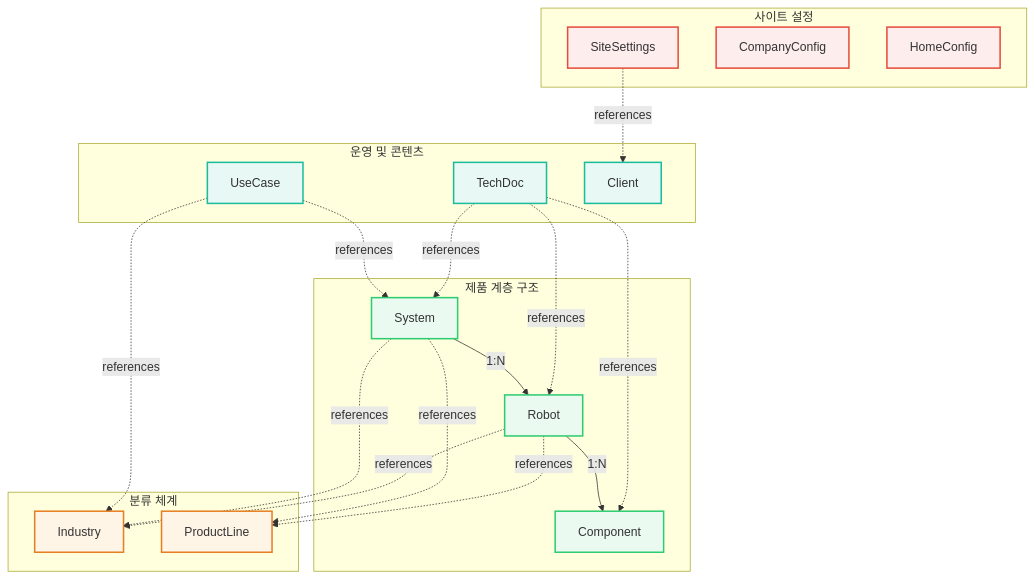
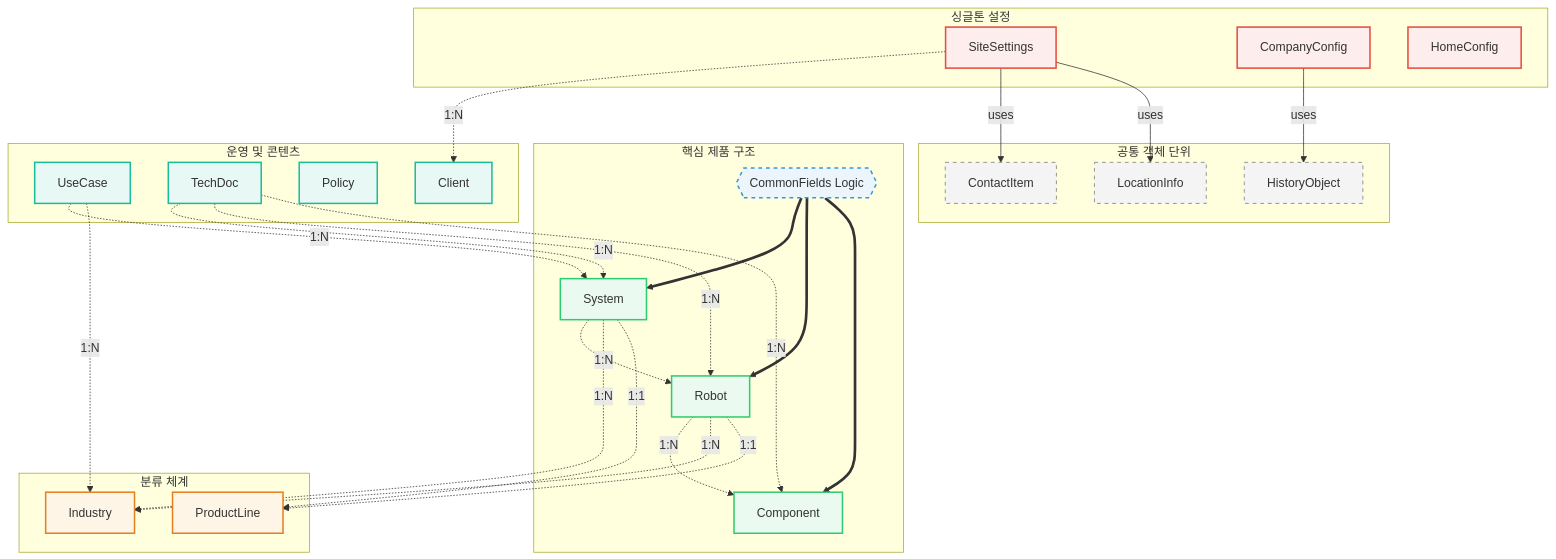
Before and after one commit to g1robot00/g1srobot-robotics-website: the second of 2 diagrams in README.md, drawn with Mermaid. The commit also changed other lines of this file, not shown here.

````diff
--- a/README.md
+++ b/README.md
@@ -140,17 +156,20 @@
     %% [스타일 정의]
     classDef product stroke:#2ecc71,stroke-width:2px,fill:#eafaf1
     classDef taxonomy stroke:#e67e22,stroke-width:2px,fill:#fef5e7
-    classDef operation stroke:#1abc9c,stroke-width:2px,fill:#e8f8f5
-    classDef settings stroke:#e74c3c,stroke-width:2px,fill:#fdedec
+    classDef document stroke:#1abc9c,stroke-width:2px,fill:#e8f8f5
+    classDef singleton stroke:#e74c3c,stroke-width:2px,fill:#fdedec
     classDef object stroke:#777,stroke-width:1px,fill:#f4f4f4,stroke-dasharray: 5 5
+    classDef mixin stroke:#3498db,stroke-width:2px,fill:#ebf5fb,stroke-dasharray: 5 5
 
-    %% [그룹 1: 제품 계층 구조]
-    subgraph Product_Structure [제품 계층 구조]
+    %% [그룹 1: Core 제품 계층]
+    subgraph Core_Product [핵심 제품 구조]
+        CommonFields{{CommonFields Logic}}
         System[System]
         Robot[Robot]
         Component[Component]
     end
     class System,Robot,Component product
+    class CommonFields mixin
 
     %% [그룹 2: 분류 체계]
     subgraph Taxonomy [분류 체계]
@@ -159,42 +178,60 @@
     end
     class Industry,ProductLine taxonomy
 
-    %% [그룹 3: 운영 및 콘텐츠]
-    subgraph Content_Operation [운영 및 콘텐츠]
+    %% [그룹 3: 운영 문서]
+    subgraph Documents [운영 및 콘텐츠]
         UseCase[UseCase]
         TechDoc[TechDoc]
+        Policy[Policy]
         Client[Client]
     end
-    class UseCase,TechDoc,Client operation
+    class UseCase,TechDoc,Policy,Client document
 
-    %% [그룹 4: 사이트 설정]
-    subgraph Global_Settings [사이트 설정]
+    %% [그룹 4: 싱글톤 설정]
+    subgraph Singletons [싱글톤 설정]
         SiteSettings[SiteSettings]
         CompanyConfig[CompanyConfig]
         HomeConfig[HomeConfig]
     end
-    class SiteSettings,CompanyConfig,HomeConfig settings
+    class SiteSettings,CompanyConfig,HomeConfig singleton
 
+    %% [그룹 5: 재사용 객체]
+    subgraph Shared_Objects [공통 객체 단위]
+        Location[LocationInfo]
+        Contact[ContactItem]
+        History[HistoryObject]
+    end
+    class Location,Contact,History object
 
-%% 1. 제품 직계 계층
-    System -- "1:N" --> Robot
-    Robot -- "1:N" --> Component
+    %% --- [물리적 관계 설정: 화살표 끝이 참조/사용 대상임] ---
 
-    %% 2. 제품군/산업군 참조
-    System -. "references" .-> ProductLine
-    Robot -. "references" .-> ProductLine
+    %% 1. 코드 레벨의 필드 주입 (CommonFields)
+    CommonFields ==> System
+    CommonFields ==> Robot
+    CommonFields ==> Component
 
-    System -. "references" .-> Industry
-    Robot -. "references" .-> Industry
+    %% 1. 1:N 참조 (Array of References)
+    System -. "1:N" .-> Robot
+    Robot -. "1:N" .-> Component
+    
+    System -. "1:N" .-> Industry
+    Robot -. "1:N" .-> Industry
+    
+    UseCase -. "1:N" .-> System
+    UseCase -. "1:N" .-> Industry
+    
+    TechDoc -. "1:N" .-> System
+    TechDoc -. "1:N" .-> Robot
+    TechDoc -. "1:N" .-> Component
 
-    %% 3. 연관 콘텐츠
-    UseCase -. "references" .-> System
-    UseCase -. "references" .-> Industry
-    
-    TechDoc -. "references" .-> System
-    TechDoc -. "references" .-> Robot
-    TechDoc -. "references" .-> Component
+    SiteSettings -. "1:N" .-> Client
 
-    %% 4. 관리 및 객체 공유
-    SiteSettings -. "references" .-> Client
+    %% 2. 1:1 참조 (Single Reference)
+    System -. "1:1" .-> ProductLine
+    Robot -. "1:1" .-> ProductLine
+
+    %% 3. 객체 포함 (Object 필드 사용 기준)
+    SiteSettings -- "uses" --> Contact
+    SiteSettings -- "uses" --> Location
+    CompanyConfig -- "uses" --> History
 ```
````
